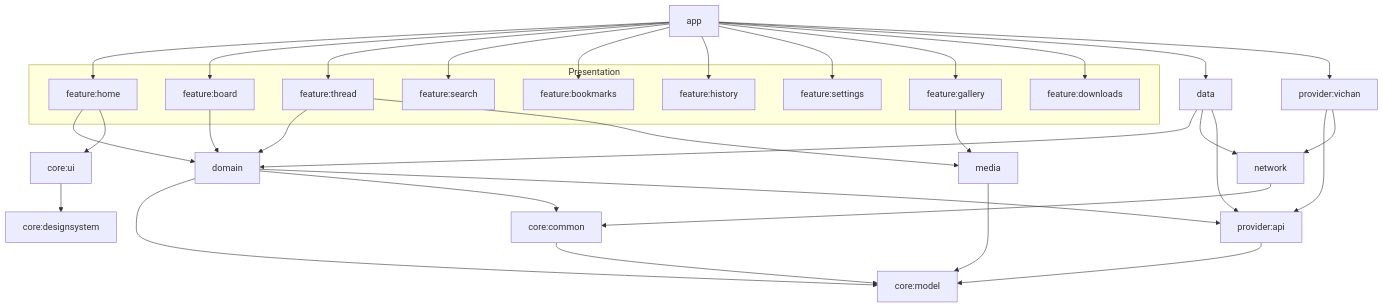
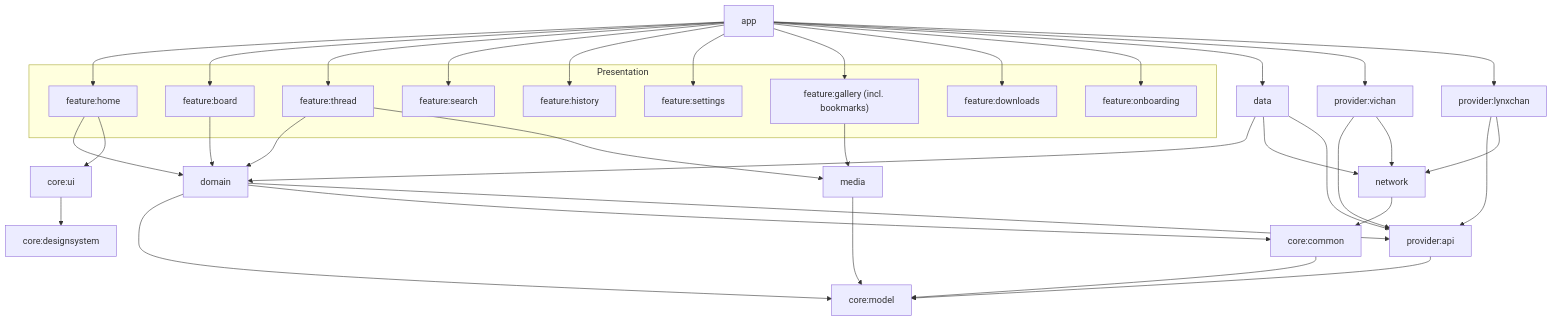
One commit to Defuuls/Orbin changed the diagram in docs/architecture/README.md. Above: the diagram before and after it, drawn with Mermaid. The commit also changed other lines of this file and 16 other files, not shown here.

````diff
--- a/docs/architecture/README.md
+++ b/docs/architecture/README.md
@@ -23,42 +23,44 @@
 ```mermaid
 graph TD
     app --> feature_home & feature_board & feature_thread & feature_search
-    app --> feature_bookmarks & feature_history & feature_settings & feature_gallery & feature_downloads
+    app --> feature_history & feature_settings & feature_gallery & feature_downloads & feature_onboarding
     app --> data
-    app --> provider_vichan
+    app --> provider_vichan & provider_lynxchan
 
     subgraph Presentation
       feature_home[feature:home]
       feature_board[feature:board]
       feature_thread[feature:thread]
       feature_search[feature:search]
-      feature_bookmarks[feature:bookmarks]
       feature_history[feature:history]
       feature_settings[feature:settings]
-      feature_gallery[feature:gallery]
+      feature_gallery["feature:gallery (incl. bookmarks)"]
       feature_downloads[feature:downloads]
+      feature_onboarding[feature:onboarding]
     end
 
     feature_home --> domain
     feature_board --> domain
     feature_thread --> domain
     feature_thread --> media
     feature_gallery --> media
     feature_home --> core_ui[core:ui]
     core_ui --> core_designsystem[core:designsystem]
 
     domain --> core_model[core:model]
     domain --> core_common[core:common]
     domain --> provider_api[provider:api]
 
     data --> domain
     data --> network
     data --> provider_api
 
     provider_vichan[provider:vichan] --> provider_api
     provider_vichan --> network
+    provider_lynxchan[provider:lynxchan] --> provider_api
+    provider_lynxchan --> network
     provider_api --> core_model
     media --> core_model
     network --> core_common
     core_common --> core_model
 ```
````
